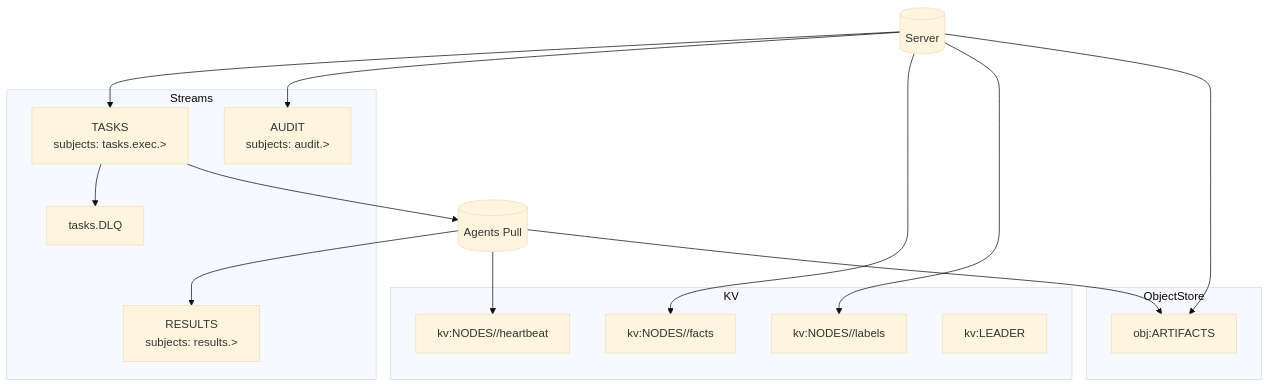
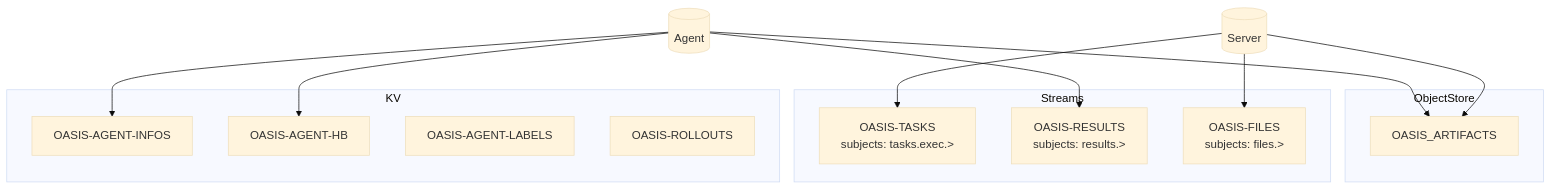
One commit to CHAK-MING/oasis changed the second of 5 diagrams in 大规模集群节点管理工具方案设计文档.md. Above: the diagram before and after it, drawn with Mermaid (base theme). The commit also changed other lines of this file and 46 other files, not shown here.

````diff
--- a/大规模集群节点管理工具方案设计文档.md
+++ b/大规模集群节点管理工具方案设计文档.md
@@ -142,29 +133,24 @@
 ```mermaid
 graph TB
   subgraph Streams
-    T[TASKS
-subjects: tasks.exec.>] --> DLQ[tasks.DLQ]
-    R[RESULTS
-subjects: results.>]
-    A[AUDIT
-subjects: audit.>]
+    T["OASIS-TASKS<br/>subjects: tasks.exec.>"]
+    R["OASIS-RESULTS<br/>subjects: results.>"]
+    F["OASIS-FILES<br/>subjects: files.>"]
   end
   subgraph KV
-    K1[kv:NODES/<agentId>/facts]
-    K2[kv:NODES/<agentId>/heartbeat]
-    K3[kv:NODES/<agentId>/labels]
-    KL[kv:LEADER]
+    KINFO[OASIS-AGENT-INFOS]
+    KHB[OASIS-AGENT-HB]
+    KLBL[OASIS-AGENT-LABELS]
+    KRO[OASIS-ROLLOUTS]
   end
   subgraph ObjectStore
-    O[obj:ARTIFACTS]
+    O[OASIS_ARTIFACTS]
   end
-  T-->Agents[(Agents Pull)]
-  Agents-->R
   Server[(Server)]-->T
-  Server-->A
-  Server-->K1
-  Server-->K3
-  Agents-->K2
-  Server-->O
-  Agents-->O
+  Server[(Server)]-->F
+  Agent[(Agent)]-->R
+  Agent[(Agent)]-->KINFO
+  Agent[(Agent)]-->KHB
+  Server[(Server)]-->O
+  Agent[(Agent)]-->O
 ```
````
